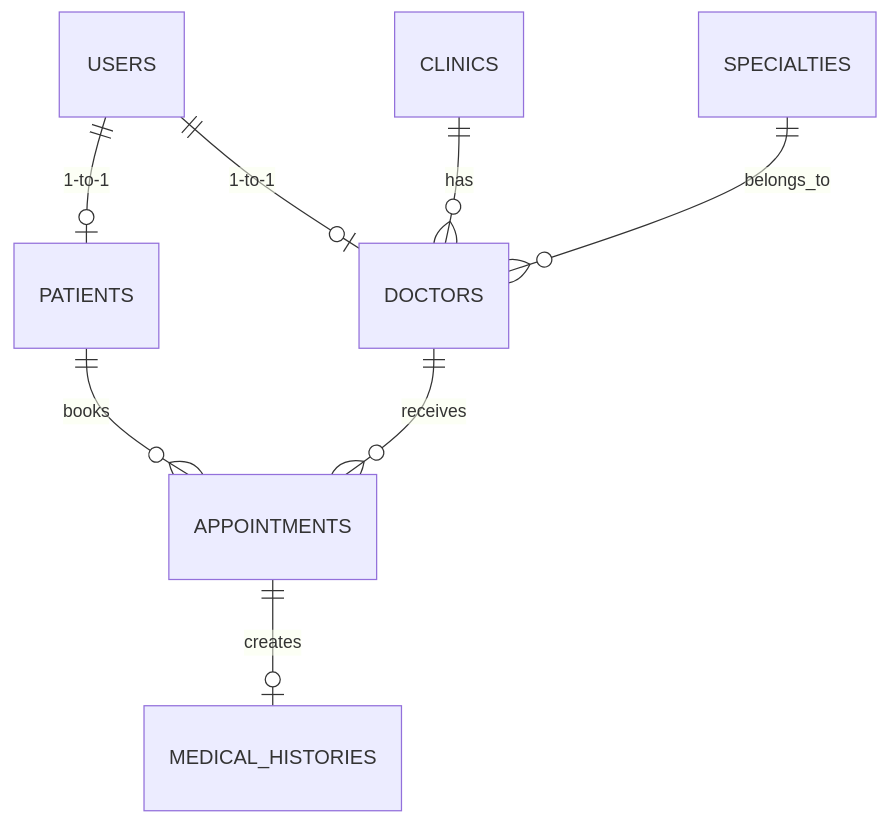
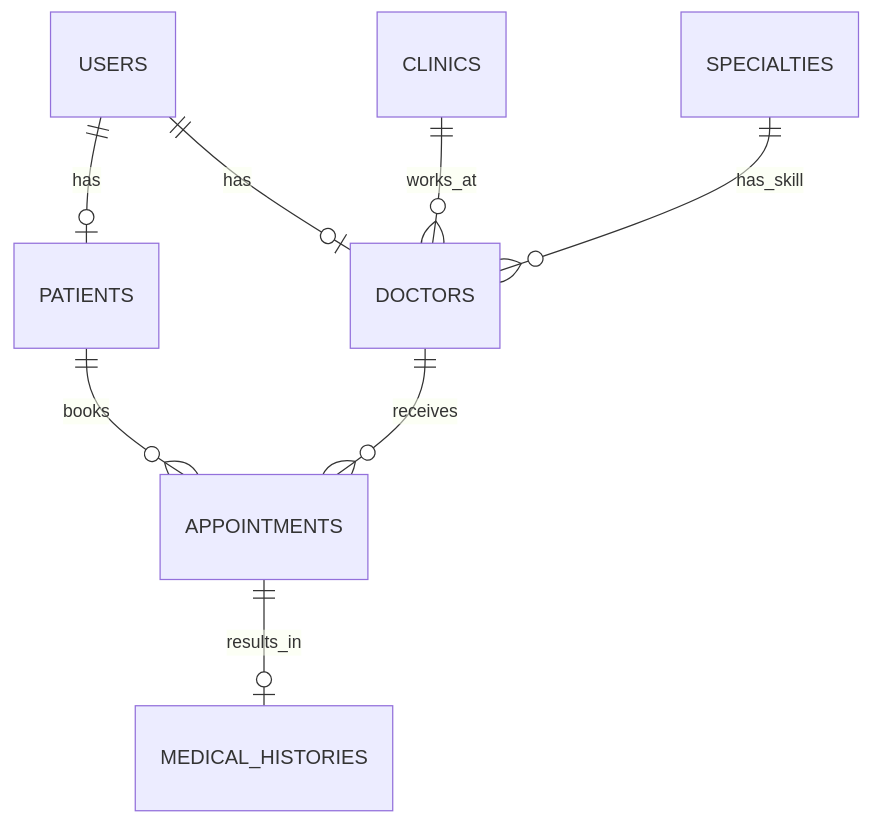
One commit to manhcuong-contact/DatLichPhongKham changed the fifth of 5 diagrams in BAO_CAO_DU_AN.md. Above: the diagram before and after it, drawn with Mermaid. The commit also changed other lines of this file, not shown here.

````diff
--- a/BAO_CAO_DU_AN.md
+++ b/BAO_CAO_DU_AN.md
@@ -227,10 +280,10 @@
 ```mermaid
 erDiagram
-    USERS ||--o| PATIENTS : "1-to-1"
-    USERS ||--o| DOCTORS : "1-to-1"
-    CLINICS ||--o{ DOCTORS : "has"
-    SPECIALTIES ||--o{ DOCTORS : "belongs_to"
-    PATIENTS ||--o{ APPOINTMENTS : "books"
-    DOCTORS ||--o{ APPOINTMENTS : "receives"
-    APPOINTMENTS ||--o| MEDICAL_HISTORIES : "creates"
+    USERS ||--o| PATIENTS : has
+    USERS ||--o| DOCTORS : has
+    CLINICS ||--o{ DOCTORS : works_at
+    SPECIALTIES ||--o{ DOCTORS : has_skill
+    PATIENTS ||--o{ APPOINTMENTS : books
+    DOCTORS ||--o{ APPOINTMENTS : receives
+    APPOINTMENTS ||--o| MEDICAL_HISTORIES : results_in
 ```
````
